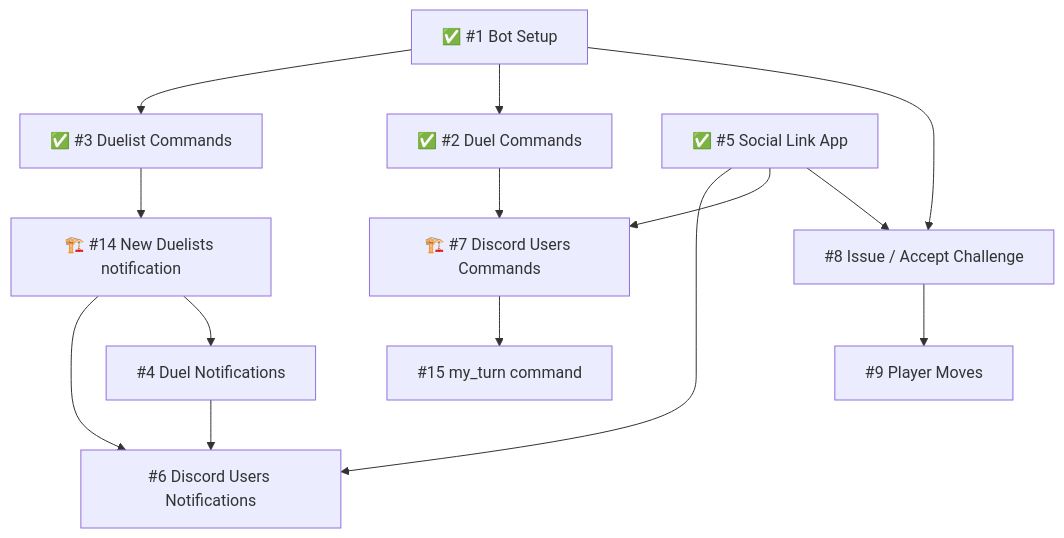
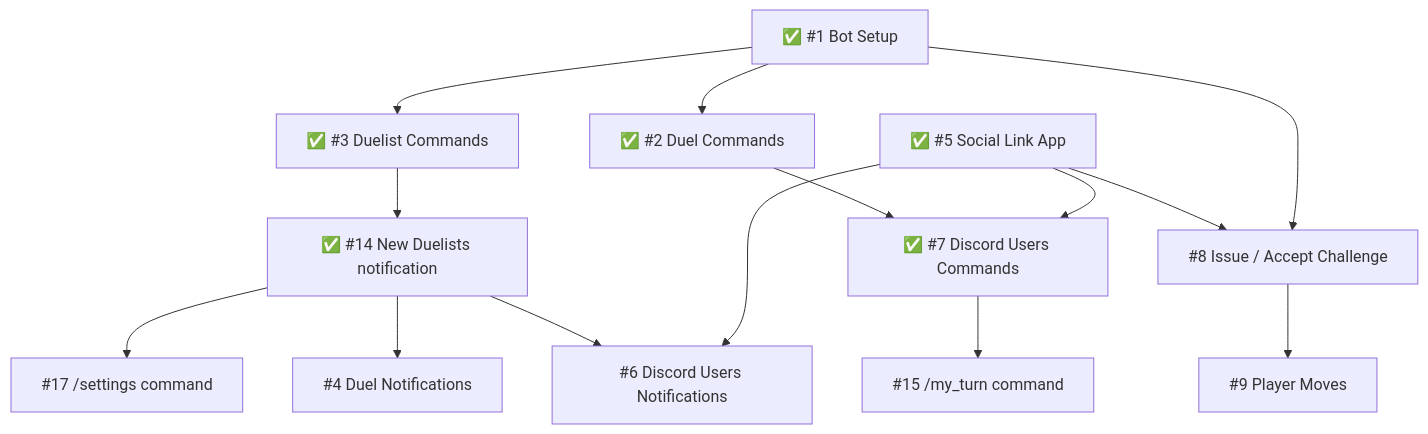
Before and after one commit to underware-gg/pistols-discord-bot: the diagram in README.md, drawn with Mermaid. The commit also changed other lines of this file, not shown here.

````diff
--- a/README.md
+++ b/README.md
@@ -17,29 +21,30 @@
 ```mermaid
 graph TD;
   A[✅ #1 Bot Setup];
   C[✅ #3 Duelist Commands];
   B[✅ #2 Duel Commands];
   D[#4 Duel Notifications];
   E[✅ #5 Social Link App];
   F[#6 Discord Users Notifications];
-  G[🏗️ #7 Discord Users Commands];
+  G[✅ #7 Discord Users Commands];
   H[#8 Issue / Accept Challenge];
   I[#9 Player Moves];
-  J[🏗️ #14 New Duelists notification];
-  K[#15 my_turn command];
+  J[✅ #14 New Duelists notification];
+  K[#15 /my_turn command];
+  L[#17 /settings command];
 
   A-->C;
   A-->B;
   C-->J;
-  D-->F;
   E-->F;
-  J-->F;
+  J-->L;
+  E-->G;
   B-->G;
-  E-->G;
   A-->H;
   E-->H;
   H-->I;
   G-->K;
+  J-->F;
   J-->D;
 
 ```
````
